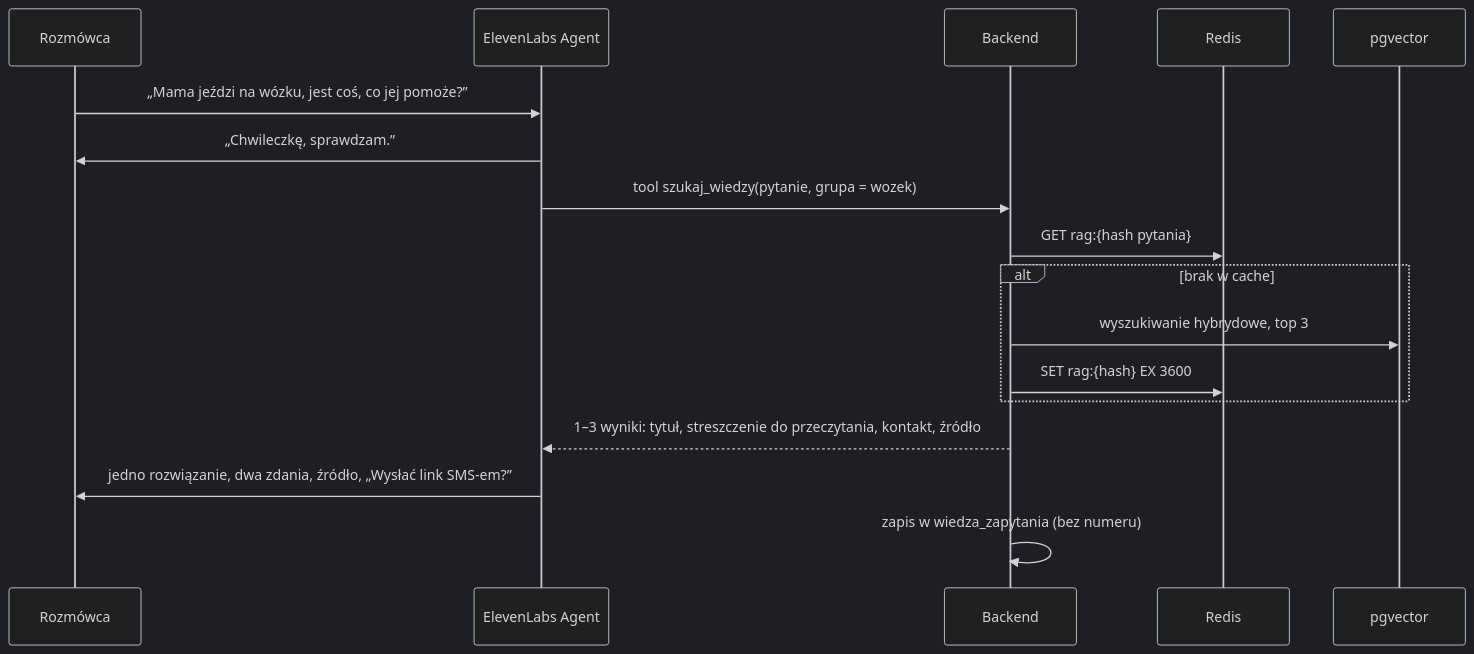
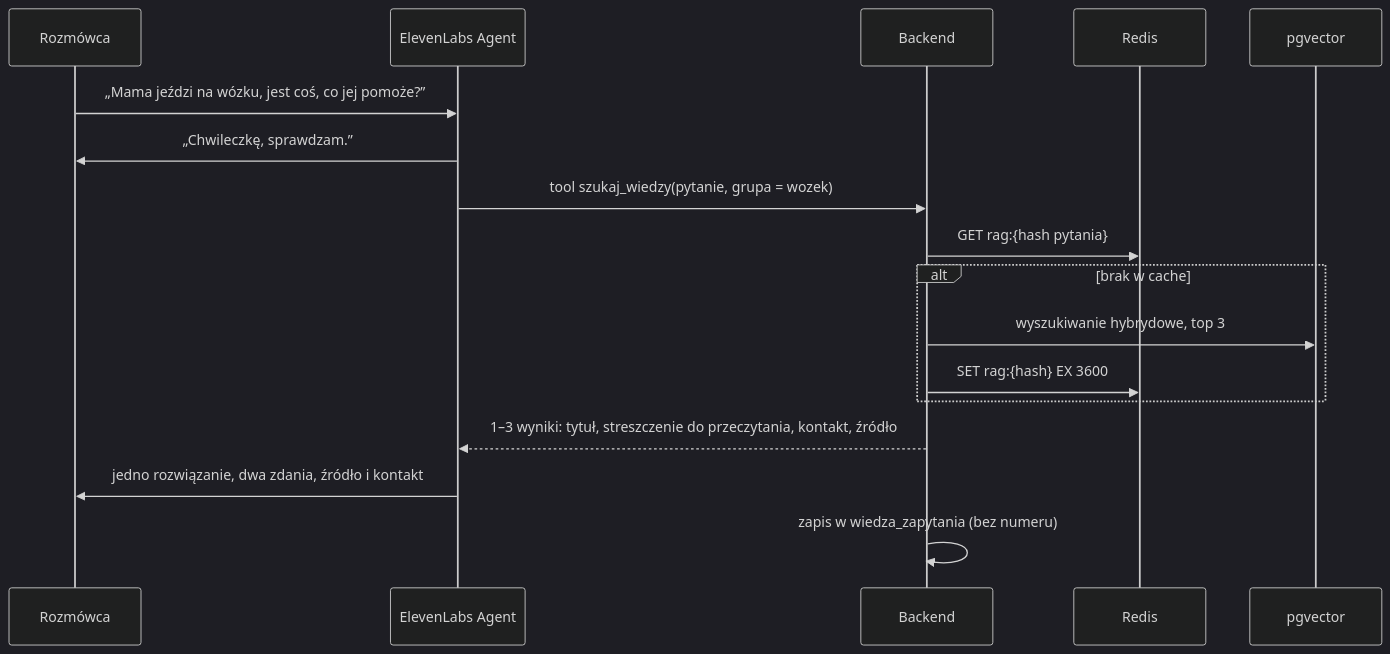
One commit to carrotly-technologies-2026/polish-stonks-bot changed the fourth of 4 diagrams in PLAN.md. Above: the diagram before and after it, drawn with Mermaid (dark theme). The commit also changed other lines of this file, not shown here.

First line of the commit message:
Drop SMS sending from the plan

````diff
--- a/PLAN.md
+++ b/PLAN.md
@@ -144,19 +138,19 @@
 ```mermaid
 sequenceDiagram
     participant U as Rozmówca
     participant E as ElevenLabs Agent
     participant B as Backend
     participant R as Redis
     participant V as pgvector
     U->>E: „Mama jeździ na wózku, jest coś, co jej pomoże?”
     E->>U: „Chwileczkę, sprawdzam.”
     E->>B: tool szukaj_wiedzy(pytanie, grupa = wozek)
     B->>R: GET rag:{hash pytania}
     alt brak w cache
         B->>V: wyszukiwanie hybrydowe, top 3
         B->>R: SET rag:{hash} EX 3600
     end
     B-->>E: 1–3 wyniki: tytuł, streszczenie do przeczytania, kontakt, źródło
-    E->>U: jedno rozwiązanie, dwa zdania, źródło, „Wysłać link SMS-em?”
+    E->>U: jedno rozwiązanie, dwa zdania, źródło i kontakt
     B->>B: zapis w wiedza_zapytania (bez numeru)
 ```
````
